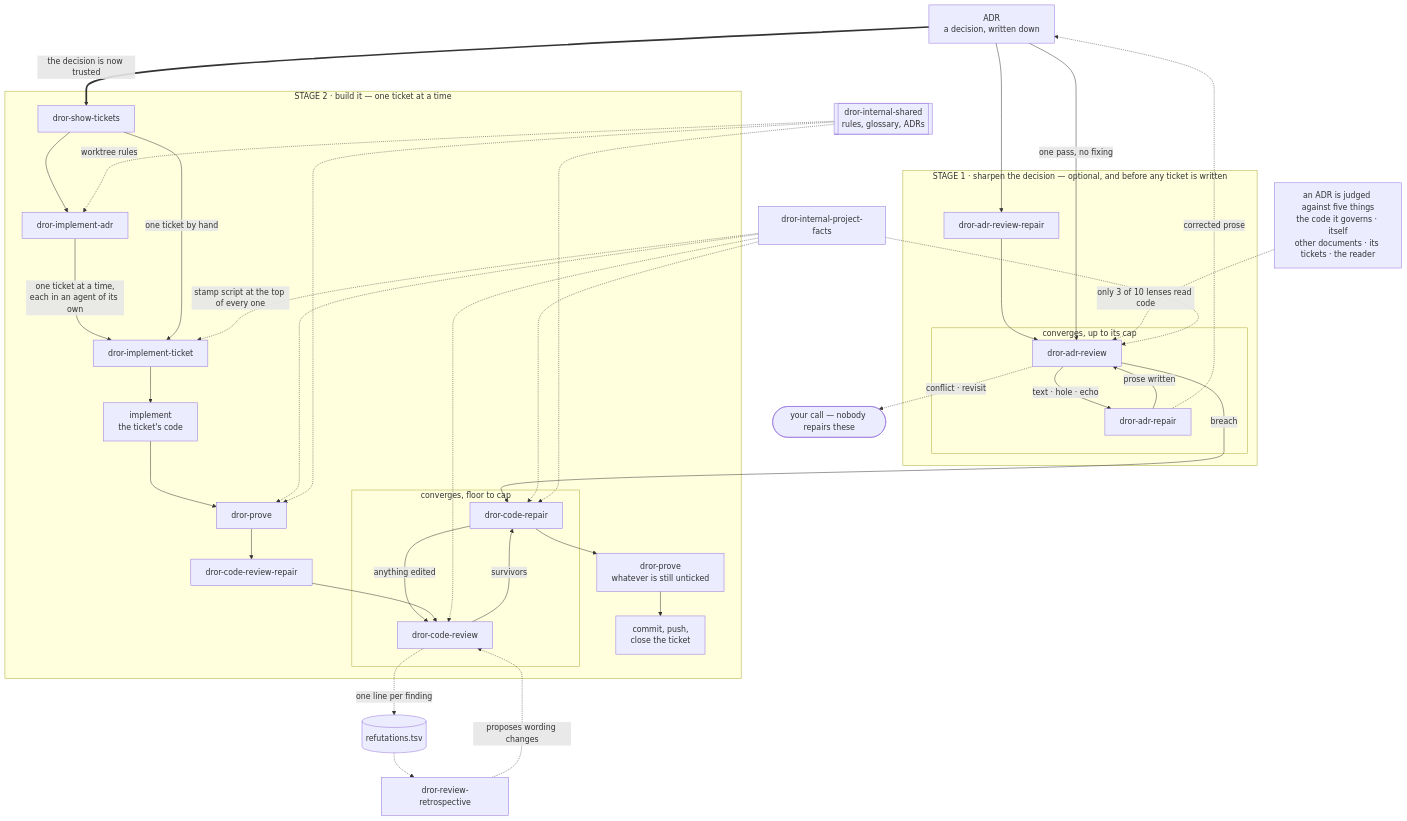
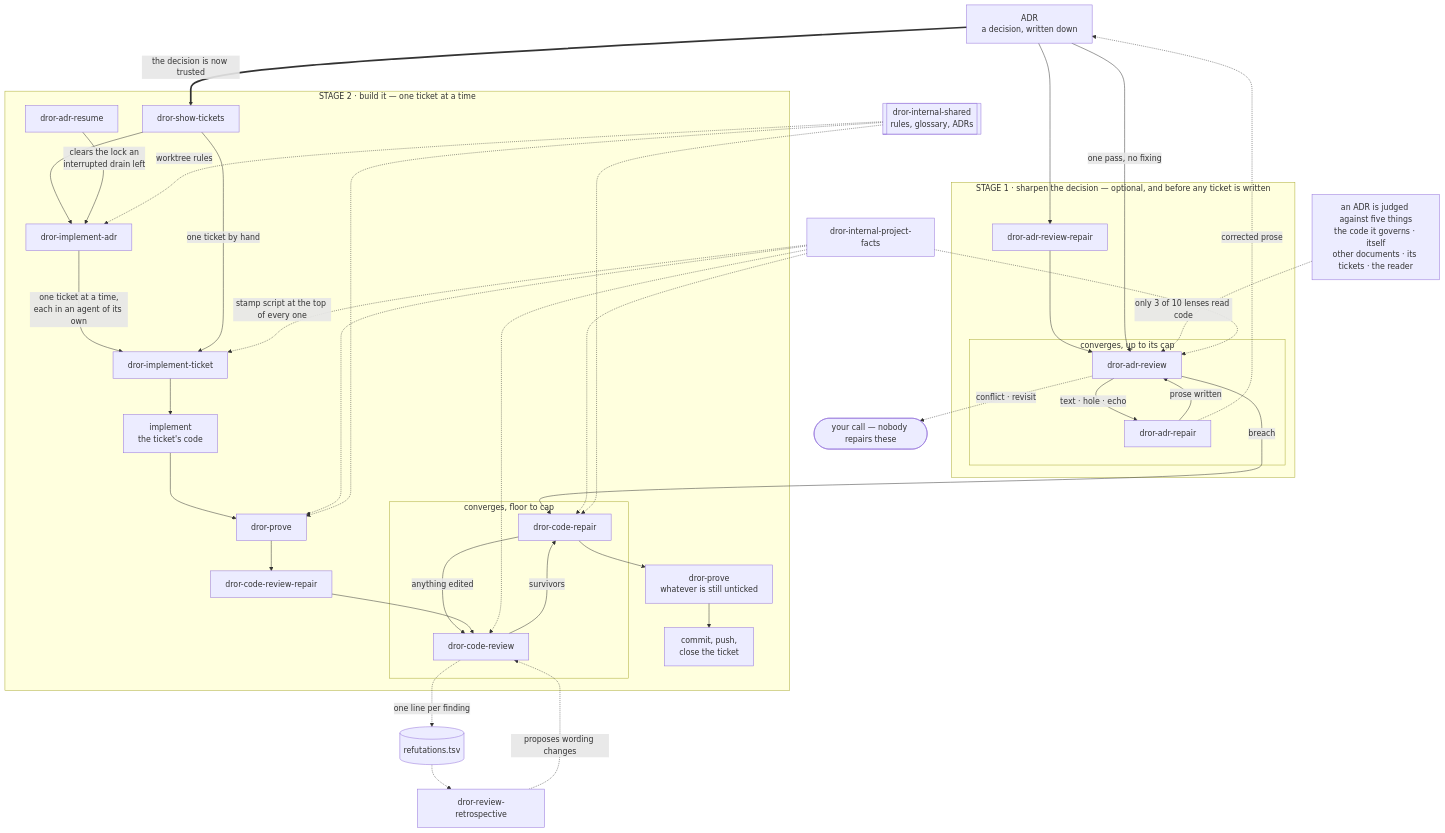
Before and after one commit to drormeir/dror-skills: the diagram in STRUCTURE.md, drawn with Mermaid. The commit also changed other lines of this file and 6 other files, not shown here.

````diff
--- a/STRUCTURE.md
+++ b/STRUCTURE.md
@@ -74,62 +74,63 @@
 ```mermaid
 flowchart TD
     ADR["ADR<br/>a decision, written down"]
 
     subgraph sharpen ["STAGE 1 · sharpen the decision — optional, and before any ticket is written"]
         ARR[dror-adr-review-repair]
 
         subgraph adrloop ["converges, up to its cap"]
             AR[dror-adr-review] -->|"text · hole · echo"| ARP[dror-adr-repair]
             ARP -->|prose written| AR
         end
 
         ARR --> AR
     end
 
     ADR --> ARR
     ADR -->|"one pass, no fixing"| AR
     ARP -.->|corrected prose| ADR
 
     AXES["an ADR is judged against five things<br/>the code it governs · itself<br/>other documents · its tickets · the reader"]
     AXES -.->|only 3 of 10 lenses read code| AR
 
     AR -.->|"conflict · revisit"| YOU(["your call — nobody repairs these"])
 
     subgraph build ["STAGE 2 · build it — one ticket at a time"]
         ST[dror-show-tickets] --> IA[dror-implement-adr]
+        RES[dror-adr-resume] -->|"clears the lock an<br/>interrupted drain left"| IA
         IA -->|"one ticket at a time,<br/>each in an agent of its own"| IT[dror-implement-ticket]
         ST -->|one ticket by hand| IT
 
         IT --> IMPL["implement<br/>the ticket's code"]
         IMPL --> PV[dror-prove]
         PV --> RR[dror-code-review-repair]
 
         subgraph loop ["converges, floor to cap"]
             RV[dror-code-review] -->|survivors| RP[dror-code-repair]
             RP -->|anything edited| RV
         end
 
         RR --> RV
         RP --> PV2["dror-prove<br/>whatever is still unticked"]
         PV2 --> CM["commit, push,<br/>close the ticket"]
     end
 
     ADR ==>|"the decision is now trusted"| ST
     AR -->|breach| RP
 
     RV -.->|one line per finding| LOG[("refutations.tsv")]
     LOG -.-> RETRO[dror-review-retrospective]
     RETRO -.->|proposes wording changes| RV
 
     PF[dror-internal-project-facts]
     PF -.->|stamp script at the top of every one| IT
     PF -.-> PV
     PF -.-> RV
     PF -.-> RP
     PF -.-> AR
 
     SH[["dror-internal-shared<br/>rules, glossary, ADRs"]]
     SH -.-> PV
     SH -.-> RP
     SH -.->|worktree rules| IA
 ```
````
